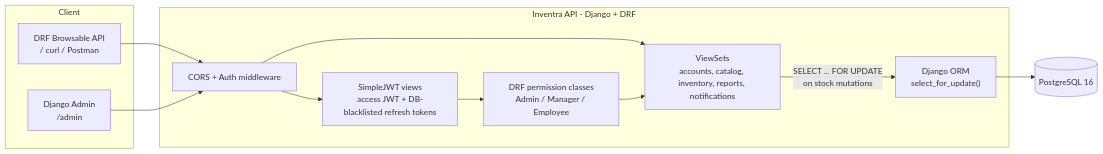
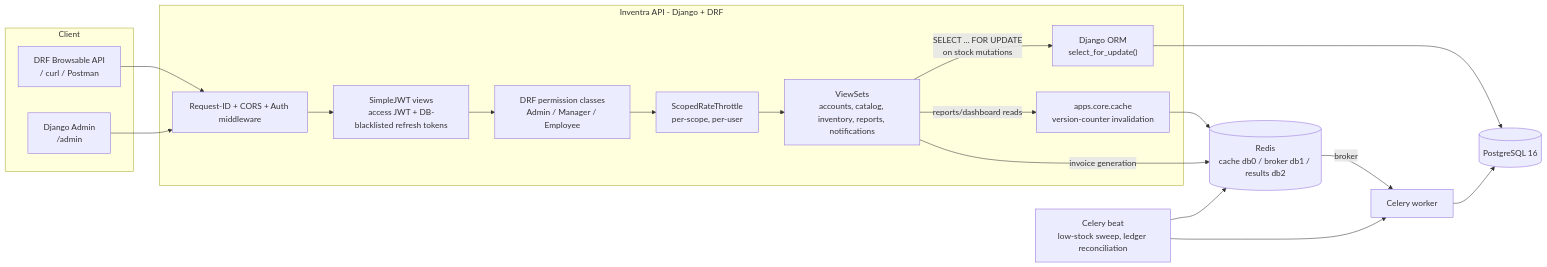
One commit to tharunsridhar/Inventra changed the diagram in README.md. Above: the diagram before and after it, drawn with Mermaid. The commit also changed other lines of this file, not shown here.

````diff
--- a/README.md
+++ b/README.md
@@ -16,26 +38,31 @@
 ```mermaid
 flowchart LR
     subgraph Client
         SW["DRF Browsable API<br/>/ curl / Postman"]
         ADM["Django Admin<br/>/admin"]
     end
 
     subgraph API["Inventra API - Django + DRF"]
-        MW["CORS + Auth middleware"]
+        MW["Request-ID + CORS + Auth middleware"]
         AUTH["SimpleJWT views<br/>access JWT + DB-blacklisted refresh tokens"]
         RBAC["DRF permission classes<br/>Admin / Manager / Employee"]
+        THR["ScopedRateThrottle<br/>per-scope, per-user"]
         VS["ViewSets<br/>accounts, catalog, inventory, reports, notifications"]
         ORM["Django ORM<br/>select_for_update()"]
+        CACHE["apps.core.cache<br/>version-counter invalidation"]
     end
 
     PG[("PostgreSQL 16")]
+    RD[("Redis<br/>cache db0 / broker db1 / results db2")]
+    WORKER["Celery worker"]
+    BEAT["Celery beat<br/>low-stock sweep, ledger reconciliation"]
 
     SW --> MW
     ADM --> MW
-    MW --> AUTH
-    MW --> VS
-    AUTH --> RBAC
-    RBAC --> VS
-    VS -- "SELECT ... FOR UPDATE<br/>on stock mutations" --> ORM
-    ORM --> PG
+    MW --> AUTH --> RBAC --> THR --> VS
+    VS -- "SELECT ... FOR UPDATE<br/>on stock mutations" --> ORM --> PG
+    VS -- "reports/dashboard reads" --> CACHE --> RD
+    VS -- "invoice generation" --> RD -- "broker" --> WORKER --> PG
+    BEAT --> RD
+    BEAT --> WORKER
 ```
````
